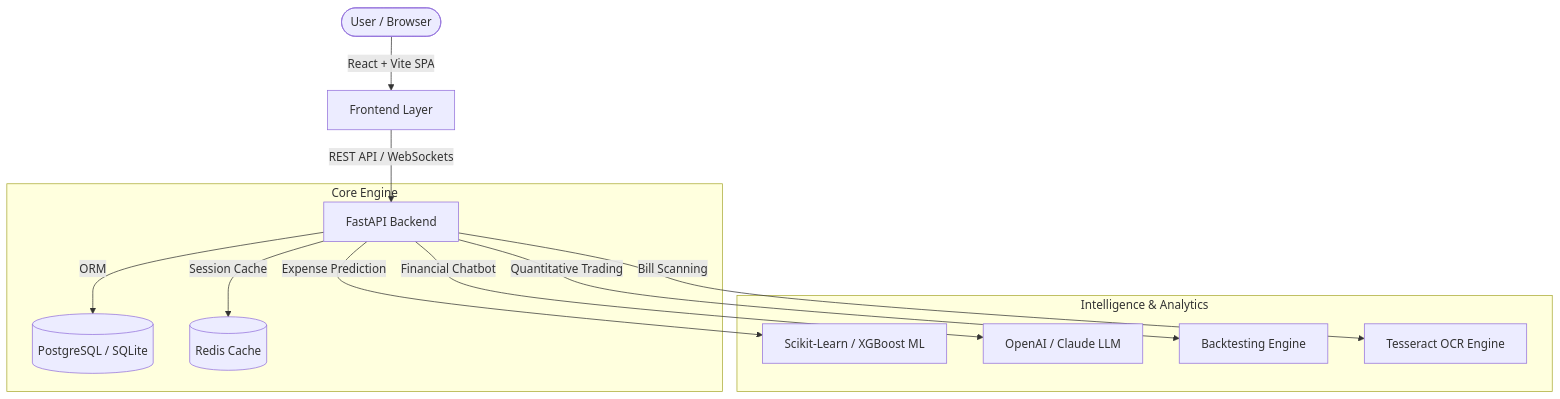
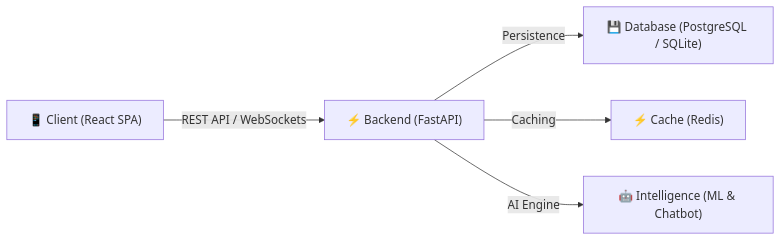
One commit to gaddamrajendra17-gif/ai-personal-finance-manager changed the diagram in README.md. Above: the diagram before and after it, drawn with Mermaid.

Commit message:
Simplify System Architecture diagram in README.md

````diff
--- a/README.md
+++ b/README.md
@@ -16,17 +16,7 @@
 ```mermaid
-graph TD
-    User([User / Browser]) -->|React + Vite SPA| Frontend[Frontend Layer]
-    Frontend -->|REST API / WebSockets| Backend[FastAPI Backend]
-    
-    subgraph Core Engine
-        Backend -->|ORM| DB[(PostgreSQL / SQLite)]
-        Backend -->|Session Cache| Redis[(Redis Cache)]
-    end
-
-    subgraph Intelligence & Analytics
-        Backend -->|Expense Prediction| ML[Scikit-Learn / XGBoost ML]
-        Backend -->|Financial Chatbot| LLM[OpenAI / Claude LLM]
-        Backend -->|Quantitative Trading| Backtest[Backtesting Engine]
-        Backend -->|Bill Scanning| OCR[Tesseract OCR Engine]
-    end
+graph LR
+    A["📱 Client (React SPA)"] -->|REST API / WebSockets| B["⚡ Backend (FastAPI)"]
+    B -->|Persistence| C["💾 Database (PostgreSQL / SQLite)"]
+    B -->|Caching| D["⚡ Cache (Redis)"]
+    B -->|AI Engine| E["🤖 Intelligence (ML & Chatbot)"]
 ```
````
